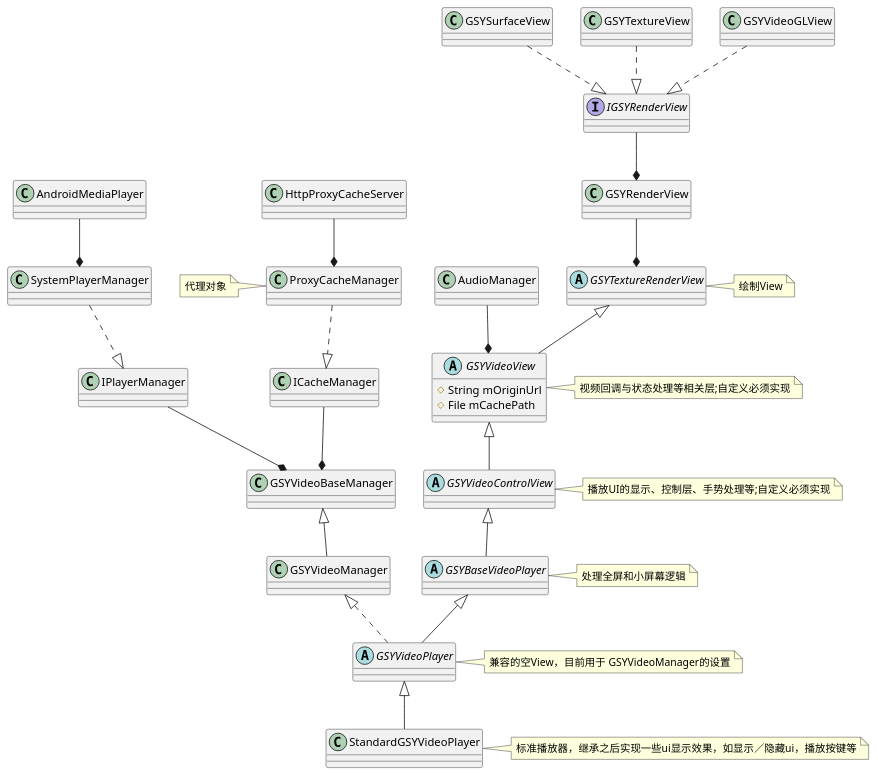
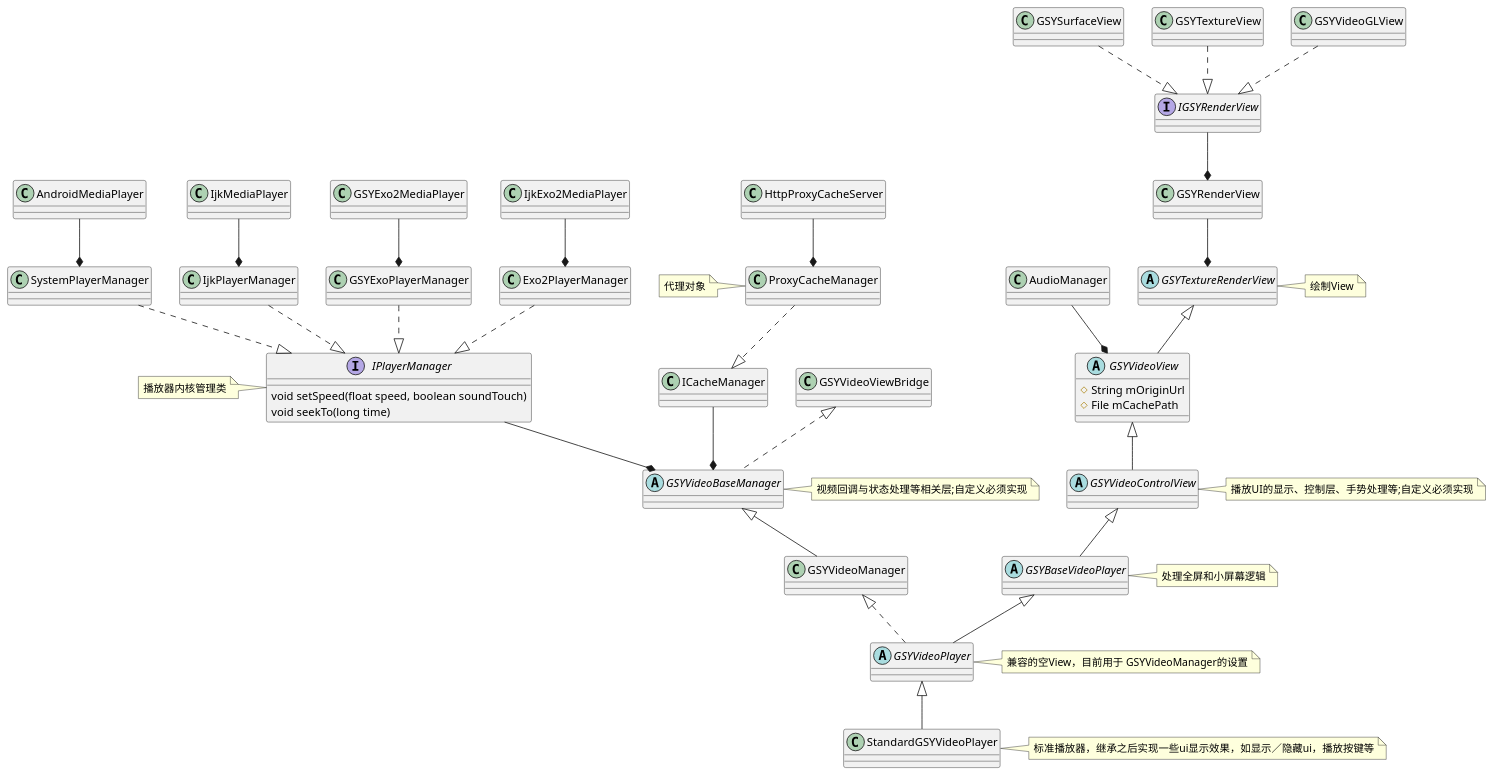
One commit to yufns/uml changed the diagram in uml/gsyplayer/class/main_class.puml. Above: the diagram before and after it, drawn with PlantUML. The commit also changed 4 other files, not shown here.

```diff
--- a/uml/gsyplayer/class/main_class.puml
+++ b/uml/gsyplayer/class/main_class.puml
@@ -1,57 +1,73 @@
 @startuml
 abstract GSYTextureRenderView
 note right : 绘制View
 abstract GSYVideoView{
   # String mOriginUrl
   # File mCachePath
+}
+abstract GSYVideoBaseManager{
+
 }
 note right : 视频回调与状态处理等相关层;自定义必须实现
 abstract GSYVideoControlView
 note right : 播放UI的显示、控制层、手势处理等;自定义必须实现
 abstract GSYBaseVideoPlayer
 note right : 处理全屏和小屏幕逻辑
 abstract GSYVideoPlayer
 note right : 兼容的空View，目前用于 GSYVideoManager的设置
 class StandardGSYVideoPlayer
 note right : 标准播放器，继承之后实现一些ui显示效果，如显示／隐藏ui，播放按键等
+
+interface IPlayerManager{
+  void setSpeed(float speed, boolean soundTouch)
+  void seekTo(long time)
+}
+note left : 播放器内核管理类
 
 AudioManager --* GSYVideoView
 
 class GSYRenderView
 interface IGSYRenderView
 
 class GSYSurfaceView
 class GSYTextureView
 class GSYVideoGLView
 class ProxyCacheManager
 note left : 代理对象
 
 GSYTextureRenderView <|-- GSYVideoView
 GSYRenderView --* GSYTextureRenderView
 IGSYRenderView --* GSYRenderView
 
 
 GSYSurfaceView ..|> IGSYRenderView
 GSYTextureView ..|> IGSYRenderView
 GSYVideoGLView ..|> IGSYRenderView
 
 
 GSYVideoManager <|.. GSYVideoPlayer
 GSYVideoBaseManager <|-- GSYVideoManager
 IPlayerManager --* GSYVideoBaseManager
 ICacheManager --* GSYVideoBaseManager
+GSYVideoViewBridge <|.. GSYVideoBaseManager
 ProxyCacheManager ..|> ICacheManager
 HttpProxyCacheServer --* ProxyCacheManager
 
 
 SystemPlayerManager ..|> IPlayerManager
+IjkPlayerManager ..|> IPlayerManager
+GSYExoPlayerManager ..|> IPlayerManager
+Exo2PlayerManager ..|> IPlayerManager
 AndroidMediaPlayer --* SystemPlayerManager
+IjkMediaPlayer --* IjkPlayerManager
+GSYExo2MediaPlayer --* GSYExoPlayerManager
+IjkExo2MediaPlayer --* Exo2PlayerManager
 
 
 GSYVideoView <|-- GSYVideoControlView
 GSYVideoControlView <|-- GSYBaseVideoPlayer
 GSYBaseVideoPlayer <|-- GSYVideoPlayer
 GSYVideoPlayer <|-- StandardGSYVideoPlayer
 
 
 @enduml
```
